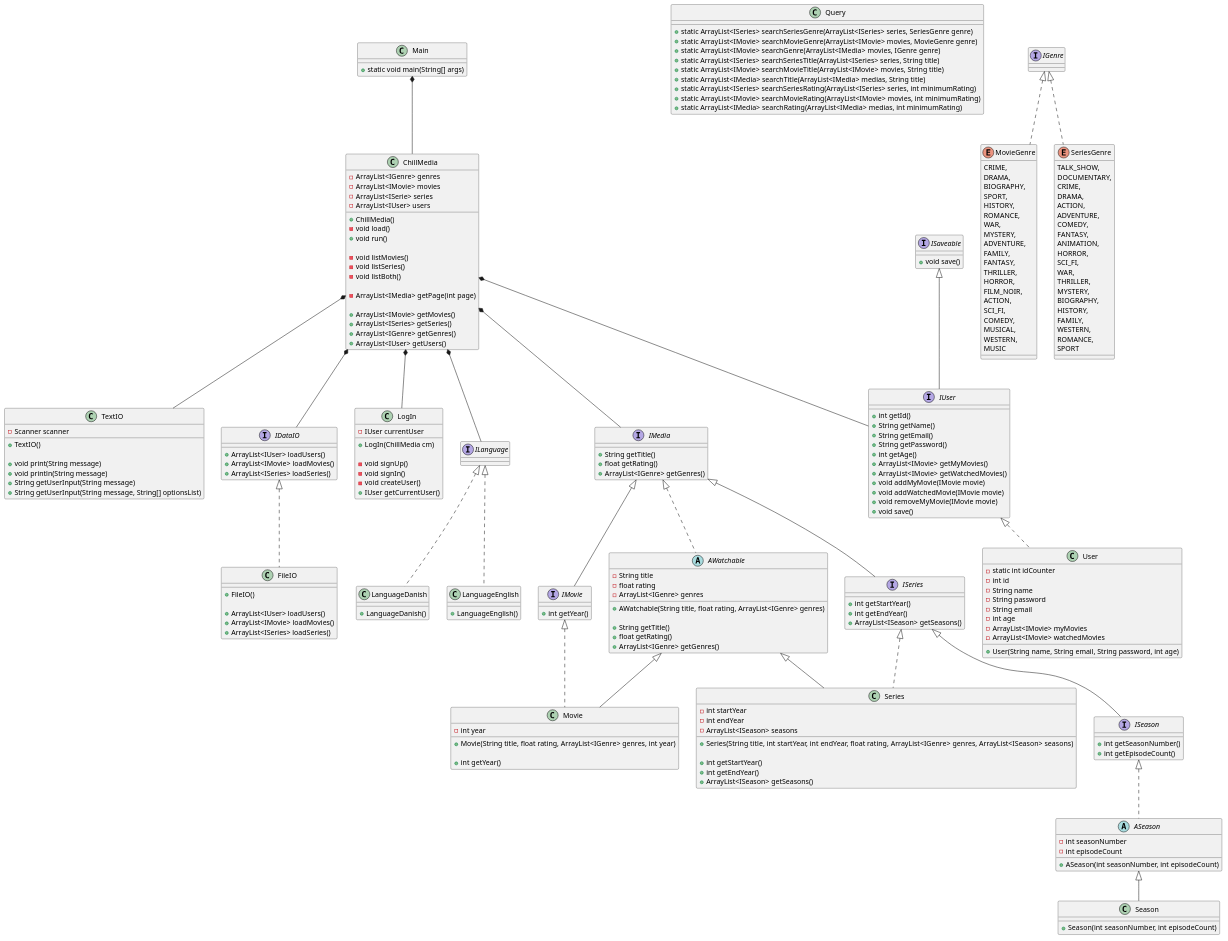
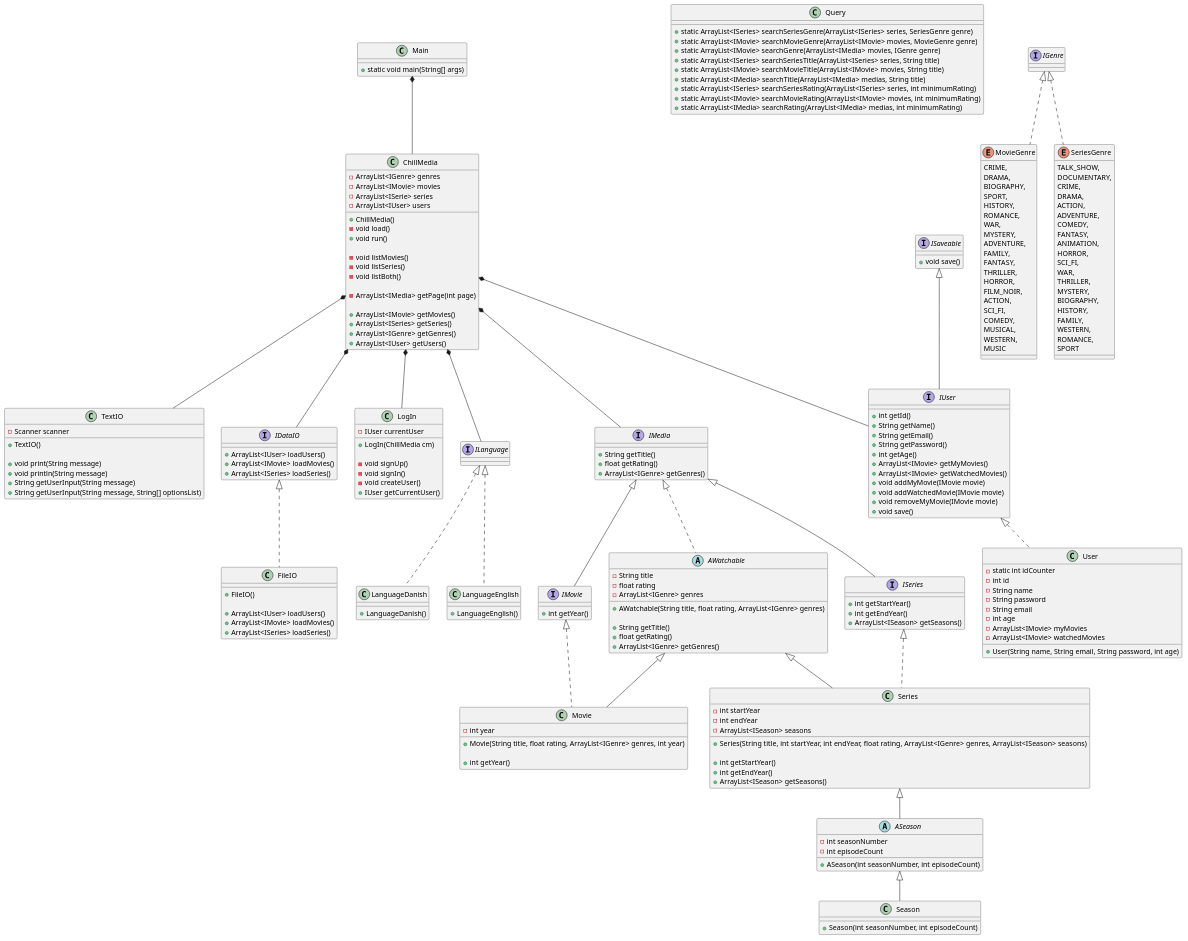
The diagram in Documentation/Streamingtjeneste.puml (Peter537/Dat1-SP3), drawn with PlantUML before and after one commit. The commit also changed 4 other files, not shown here.

```diff
--- a/Documentation/Streamingtjeneste.puml
+++ b/Documentation/Streamingtjeneste.puml
@@ -137,7 +137,7 @@
 }
 
 
-abstract class ASeason implements ISeason {
+abstract class ASeason extends Series {
     - int seasonNumber
     - int episodeCount
 
@@ -158,11 +158,6 @@
     + int getStartYear()
     + int getEndYear()
     + ArrayList<ISeason> getSeasons()
-}
-
-interface ISeason extends ISeries {
-    + int getSeasonNumber()
-    + int getEpisodeCount()
 }
 
 interface IMovie extends IMedia {
```
